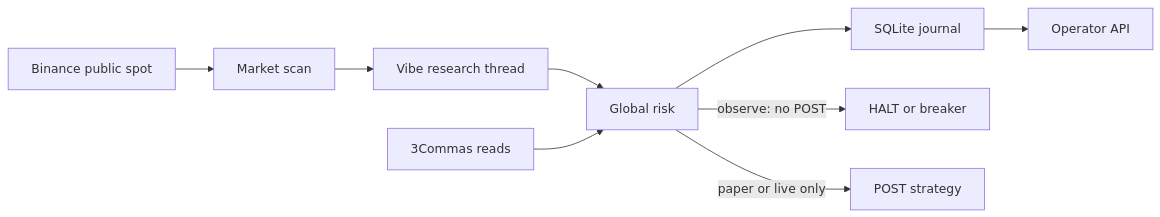
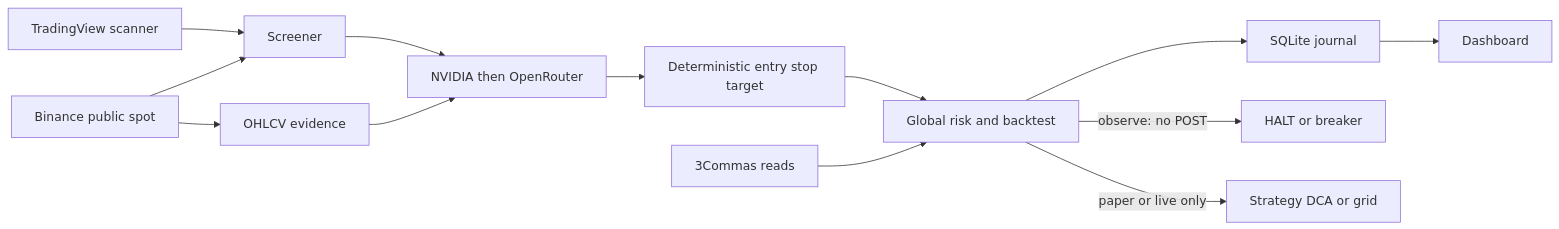
One commit to bayuewalker/warp_3cbot changed the diagram in ARCHITECTURE.md. Above: the diagram before and after it, drawn with Mermaid. The commit also changed other lines of this file and 42 other files, not shown here.

First line of the commit message:
Phase 1: screener, analysis, risk gate, and dashboard in one observe worker (#3)

````diff
--- a/ARCHITECTURE.md
+++ b/ARCHITECTURE.md
@@ -13,11 +16,15 @@
 ```mermaid
 flowchart LR
-  exchange[Binance public spot] --> scan[Market scan]
-  scan --> vibe[Vibe research thread]
-  vibe --> risk[Global risk]
+  tv[TradingView scanner] --> screen[Screener]
+  exchange[Binance public spot] --> screen
+  exchange --> candles[OHLCV evidence]
+  screen --> analysis[NVIDIA then OpenRouter]
+  candles --> analysis
+  analysis --> levels[Deterministic entry stop target]
+  levels --> risk[Global risk and backtest]
   broker[3Commas reads] --> risk
   risk --> journal[SQLite journal]
   risk -->|observe: no POST| halt[HALT or breaker]
-  risk -->|paper or live only| post[POST strategy]
-  journal --> dash[Operator API]
+  risk -->|paper or live only| post[Strategy DCA or grid]
+  journal --> dash[Dashboard]
 ```
````
